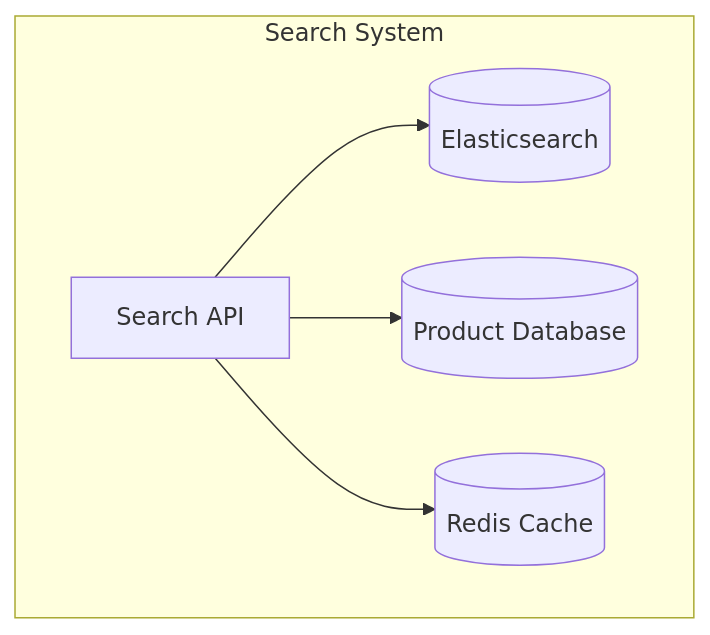
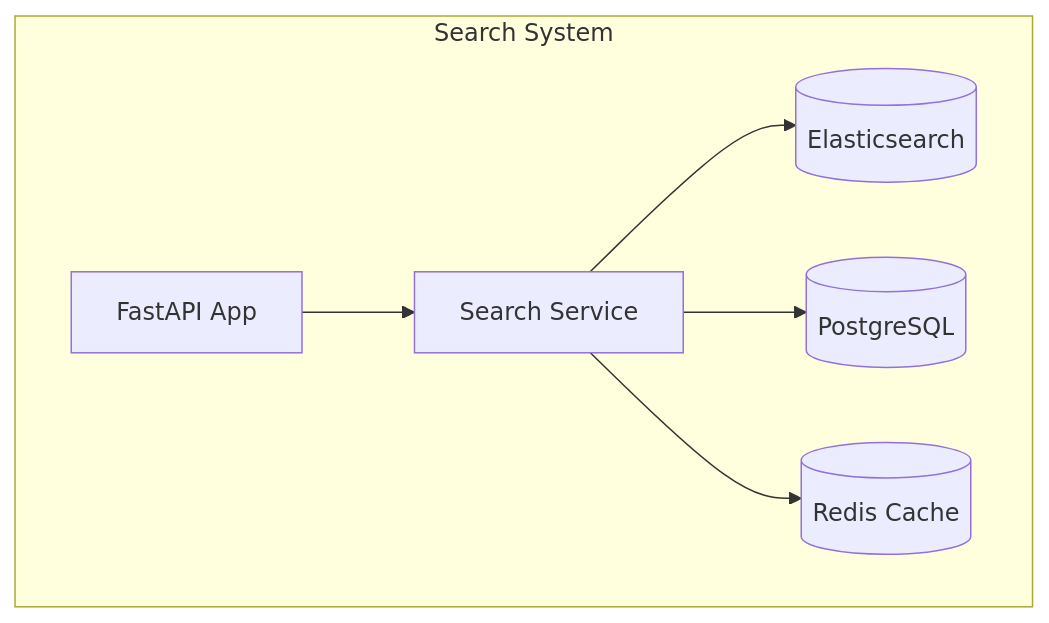
Before and after one commit to manko-max/pdp: the fourth of 6 diagrams in design-first-approach/feature-examples.md, drawn with Mermaid. The commit also changed other lines of this file, not shown here.

````diff
--- a/design-first-approach/feature-examples.md
+++ b/design-first-approach/feature-examples.md
@@ -229,13 +368,15 @@
 ```mermaid
 graph TB
     subgraph "Search System"
-        SearchAPI[Search API]
+        FastAPI[FastAPI App]
+        SearchService[Search Service]
         Elasticsearch[(Elasticsearch)]
-        ProductDB[(Product Database)]
-        Cache[(Redis Cache)]
+        ProductDB[(PostgreSQL)]
+        Redis[(Redis Cache)]
     end
     
-    SearchAPI --> Elasticsearch
-    SearchAPI --> ProductDB
-    SearchAPI --> Cache
+    FastAPI --> SearchService
+    SearchService --> Elasticsearch
+    SearchService --> ProductDB
+    SearchService --> Redis
 ```
````
